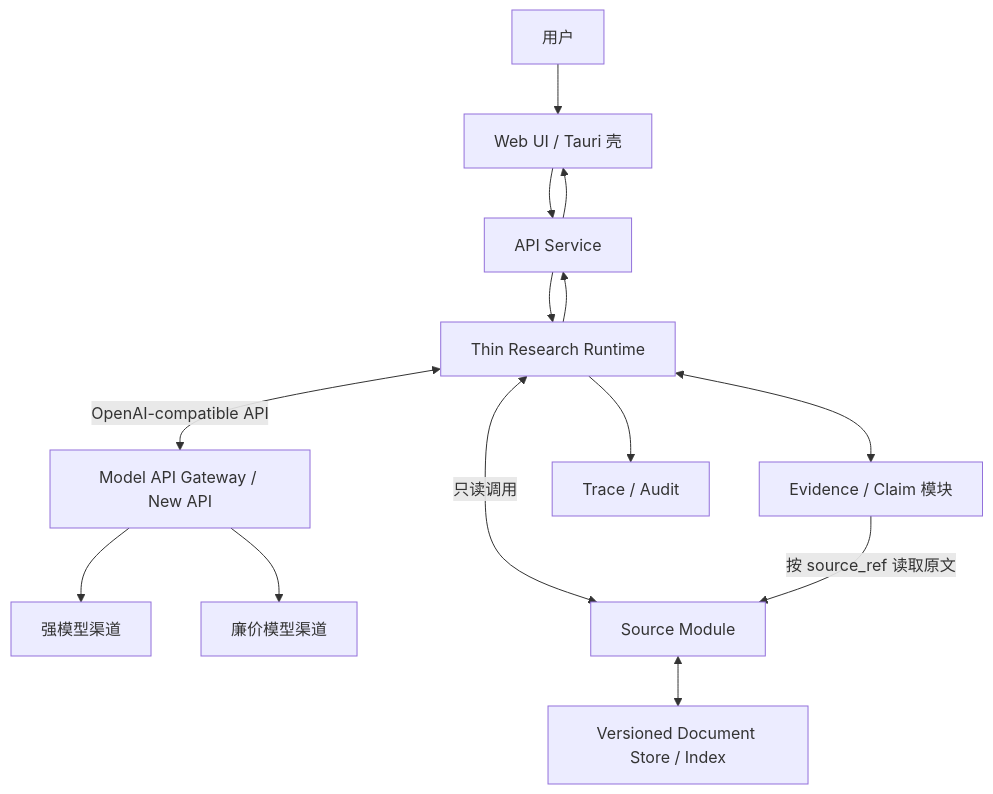
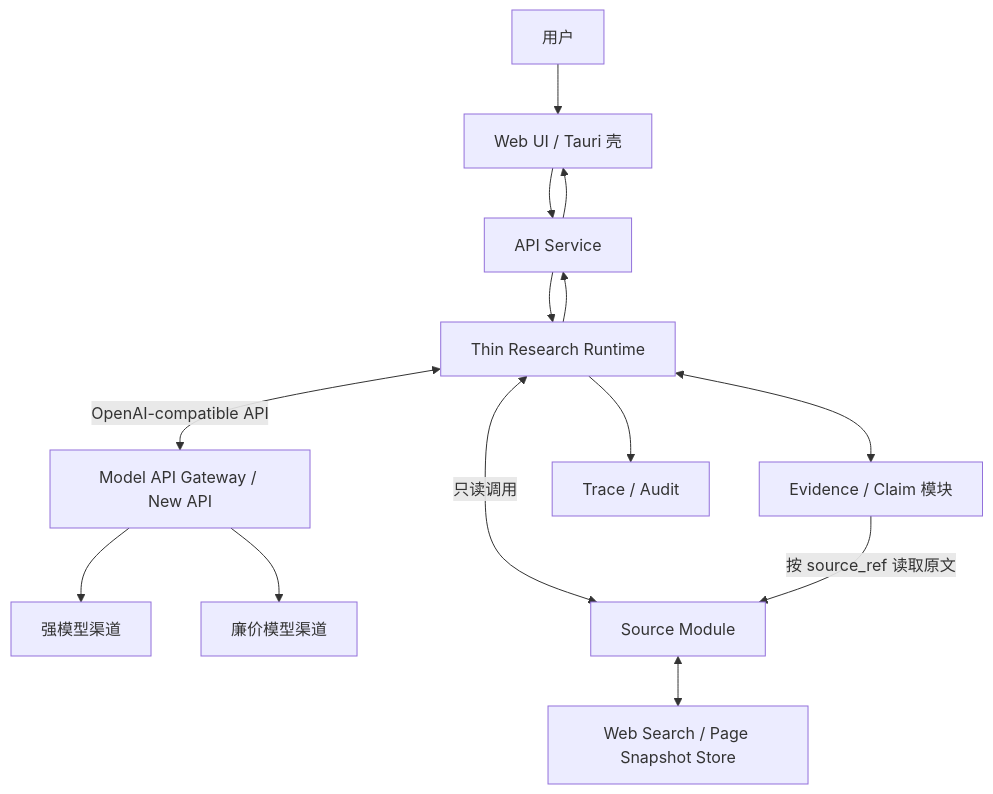
Before and after one commit to SuperCatQR/traceable-research-runtime: the first of 2 diagrams in docs/architecture.md, drawn with Mermaid. The commit also changed other lines of this file and 1 other file, not shown here.

Commit message:
docs: use web search as initial source

````diff
--- a/docs/architecture.md
+++ b/docs/architecture.md
@@ -53,19 +53,19 @@
 ```mermaid
 flowchart TB
     U[用户] --> UI[Web UI / Tauri 壳]
     UI --> API[API Service]
     API --> R[Thin Research Runtime]
 
     R <-->|OpenAI-compatible API| MG[Model API Gateway / New API]
     MG --> SM[强模型渠道]
     MG --> CM[廉价模型渠道]
 
     R <-->|只读调用| SI[Source Module]
     R <--> E[Evidence / Claim 模块]
     E -->|按 source_ref 读取原文| SI
-    SI <--> D[Versioned Document Store / Index]
+    SI <--> D[Web Search / Page Snapshot Store]
     R --> A[Trace / Audit]
 
     R --> API
     API --> UI
 ```
````
